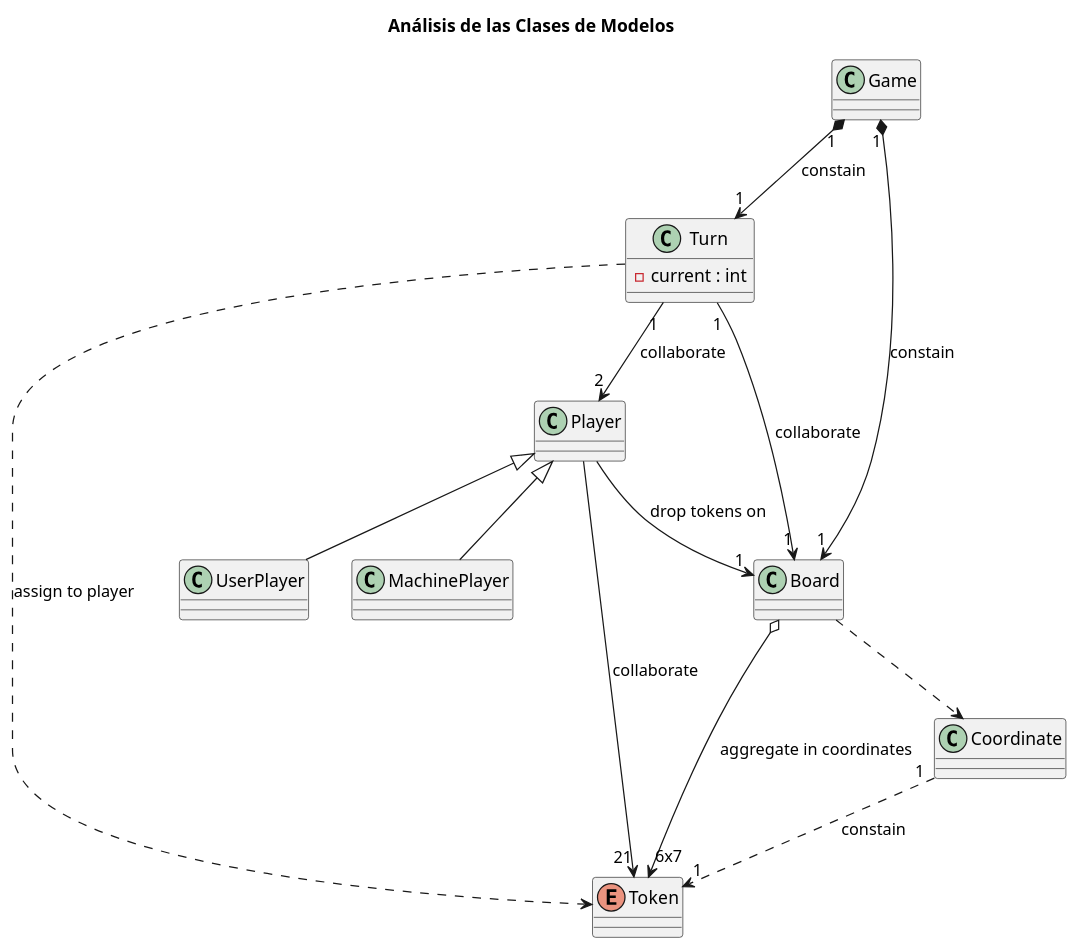
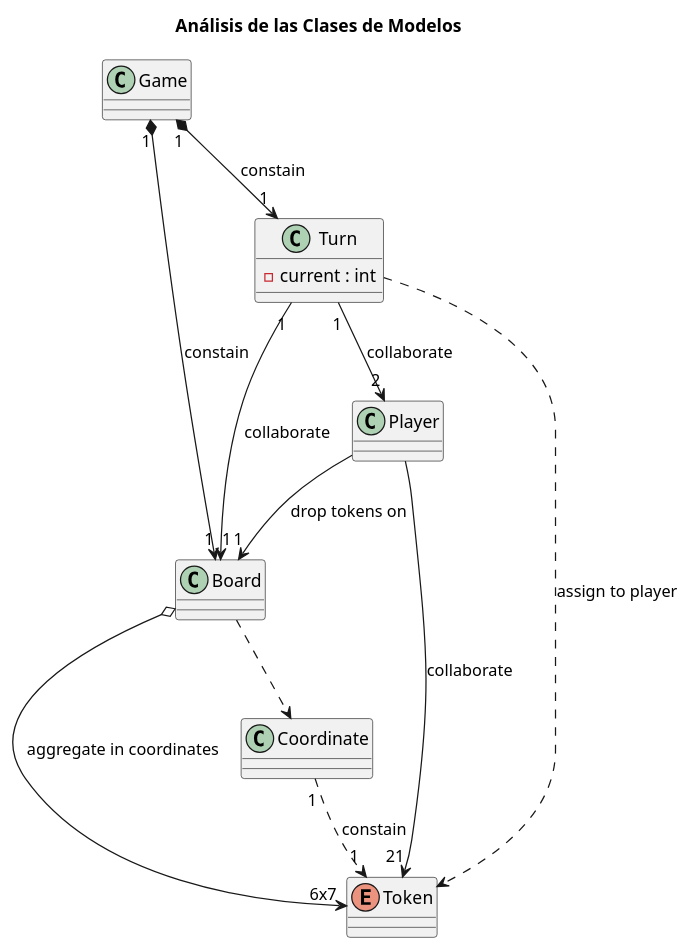
The second of 4 diagrams in src/Connect4/DocumentView/Basic/Docs/ClassAnalysis.plantuml (franpaulinoinfante/MasterSoftwareDevelopment), drawn with PlantUML before and after one commit. The commit also changed 99 other files, not shown here.

```diff
--- a/src/Connect4/DocumentView/Basic/Docs/ClassAnalysis.plantuml
+++ b/src/Connect4/DocumentView/Basic/Docs/ClassAnalysis.plantuml
@@ -57,38 +57,36 @@
 @startuml AnalysisModels
 title Análisis de las Clases de Modelos
 
 class Game{
 
 }
 Game "1" *--> "1" Board : constain
 Game "1" *--> "1" Turn : constain
 
 class Board{
 
 }
 Board o--> "6x7" Token : aggregate in coordinates
 Board ..> Coordinate 
 
 class Turn{
     -current : int
 }
 Turn "1" --> "1" Board : collaborate
 Turn "1" --> "2" Player : collaborate
 Turn ..> Token : assign to player
 
 class Player{
 
 }
 Player --> "1" Board : drop tokens on
 Player --> "21" Token : collaborate
-Player <|-- UserPlayer
-Player <|-- MachinePlayer
 
 class Coordinate{
 }
 Coordinate "1" ..> "1" Token : constain
 
 enum Token{
 
 }
 @enduml
```
